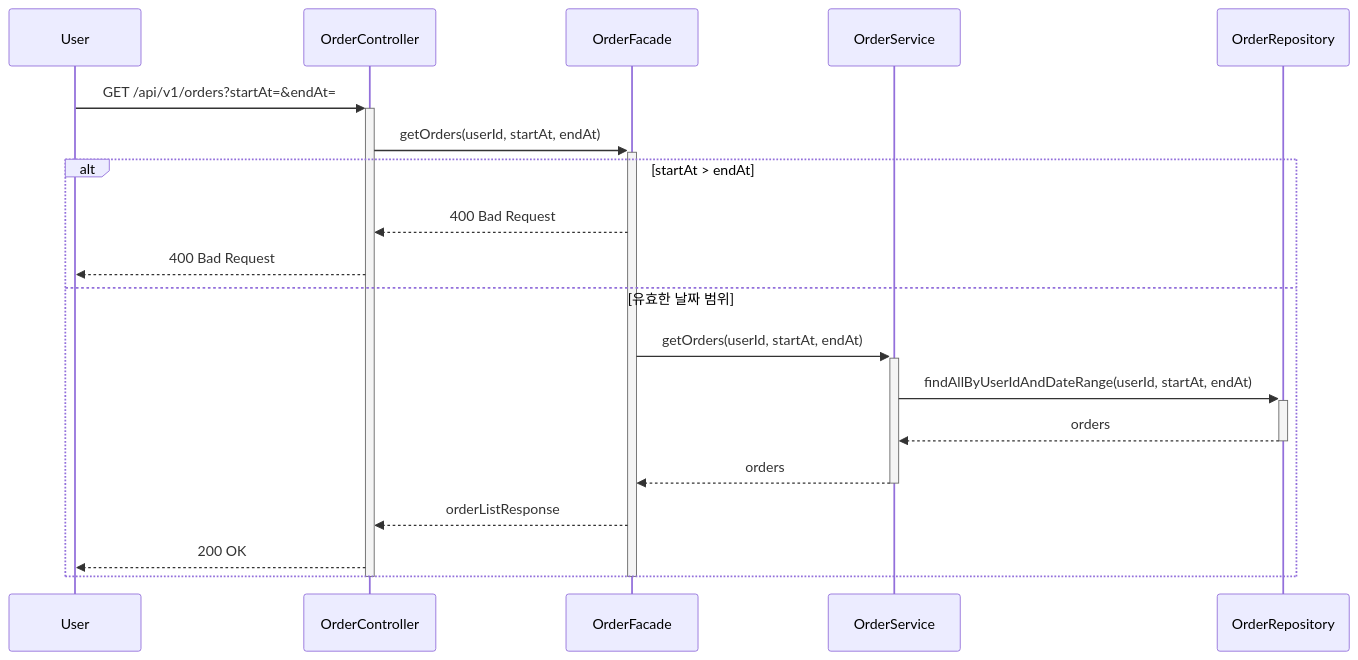
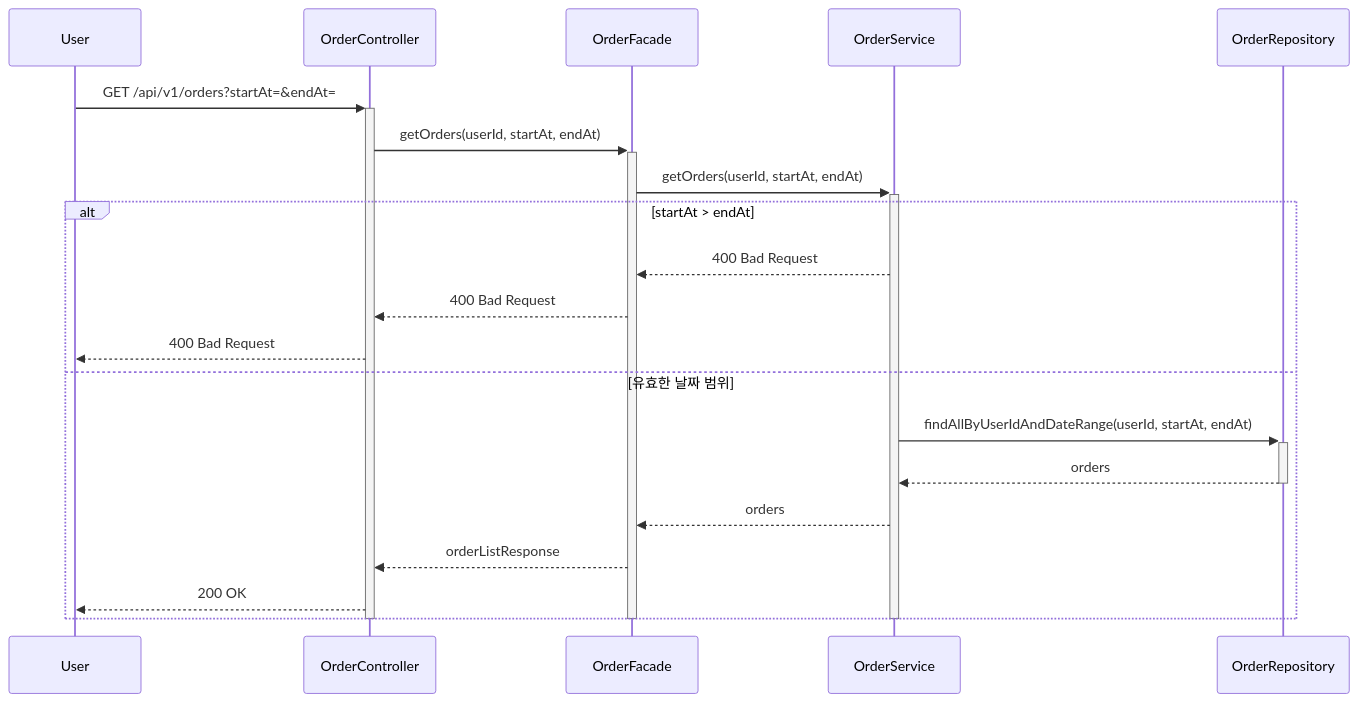
One commit to loopers-labs/loop-pack-be-l2-vol4-java changed the eighth of 17 diagrams in docs/week2/02-sequence-diagrams.md. Above: the diagram before and after it, drawn with Mermaid. The commit also changed other lines of this file, not shown here.

First line of the commit message:
docs: 시퀀스 다이어그램 책임 주체 명확화

````diff
--- a/docs/week2/02-sequence-diagrams.md
+++ b/docs/week2/02-sequence-diagrams.md
@@ -254,26 +260,28 @@
 ```mermaid
 sequenceDiagram
     participant User
     participant OrderController
     participant OrderFacade
     participant OrderService
     participant OrderRepository
 
     User->>+OrderController: GET /api/v1/orders?startAt=&endAt=
     OrderController->>+OrderFacade: getOrders(userId, startAt, endAt)
+    OrderFacade->>+OrderService: getOrders(userId, startAt, endAt)
 
     alt startAt > endAt
+        OrderService-->>OrderFacade: 400 Bad Request
         OrderFacade-->>OrderController: 400 Bad Request
         OrderController-->>User: 400 Bad Request
     else 유효한 날짜 범위
-        OrderFacade->>+OrderService: getOrders(userId, startAt, endAt)
         OrderService->>+OrderRepository: findAllByUserIdAndDateRange(userId, startAt, endAt)
         OrderRepository-->>-OrderService: orders
-        OrderService-->>-OrderFacade: orders
+        OrderService-->>OrderFacade: orders
         OrderFacade-->>OrderController: orderListResponse
         OrderController-->>User: 200 OK
     end
 
+    deactivate OrderService
     deactivate OrderFacade
     deactivate OrderController
 ```
````
